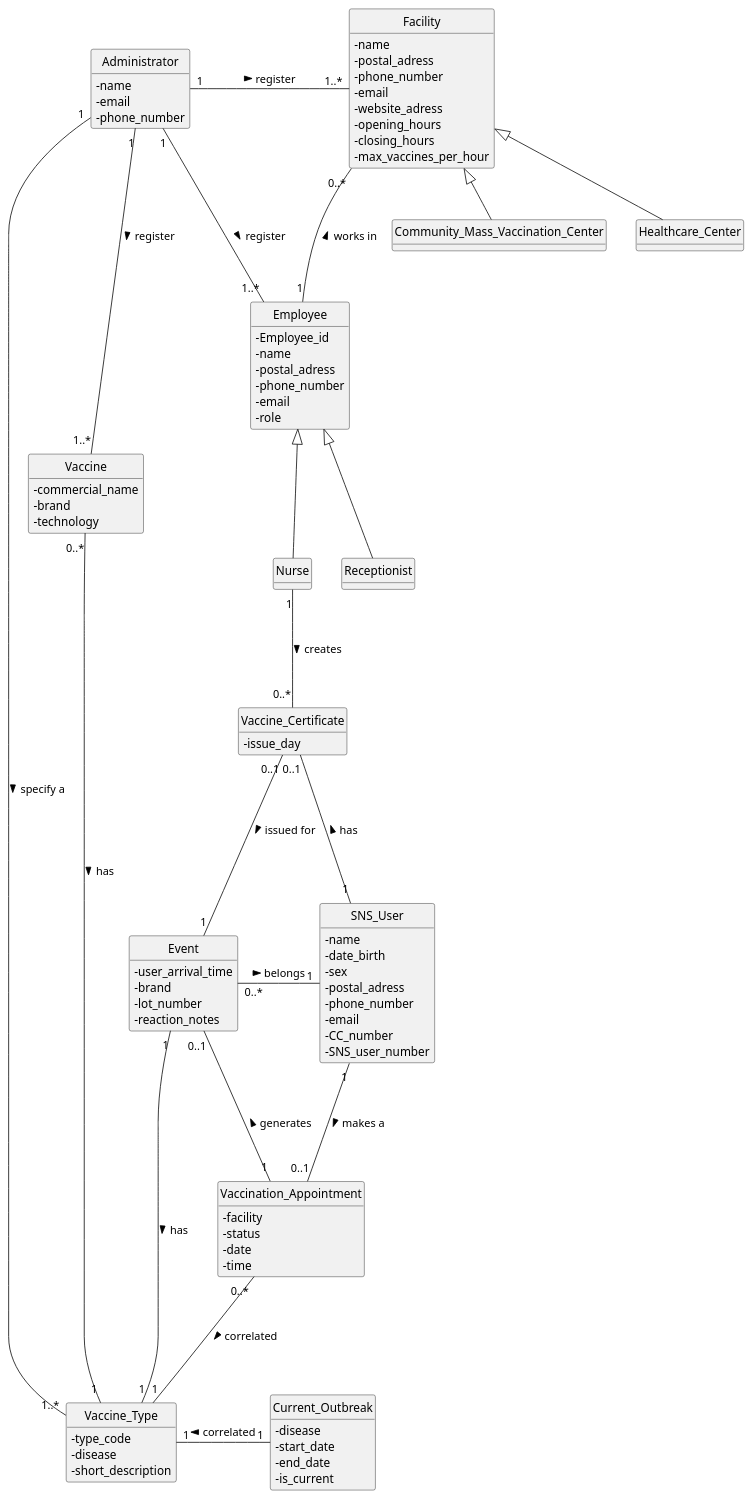
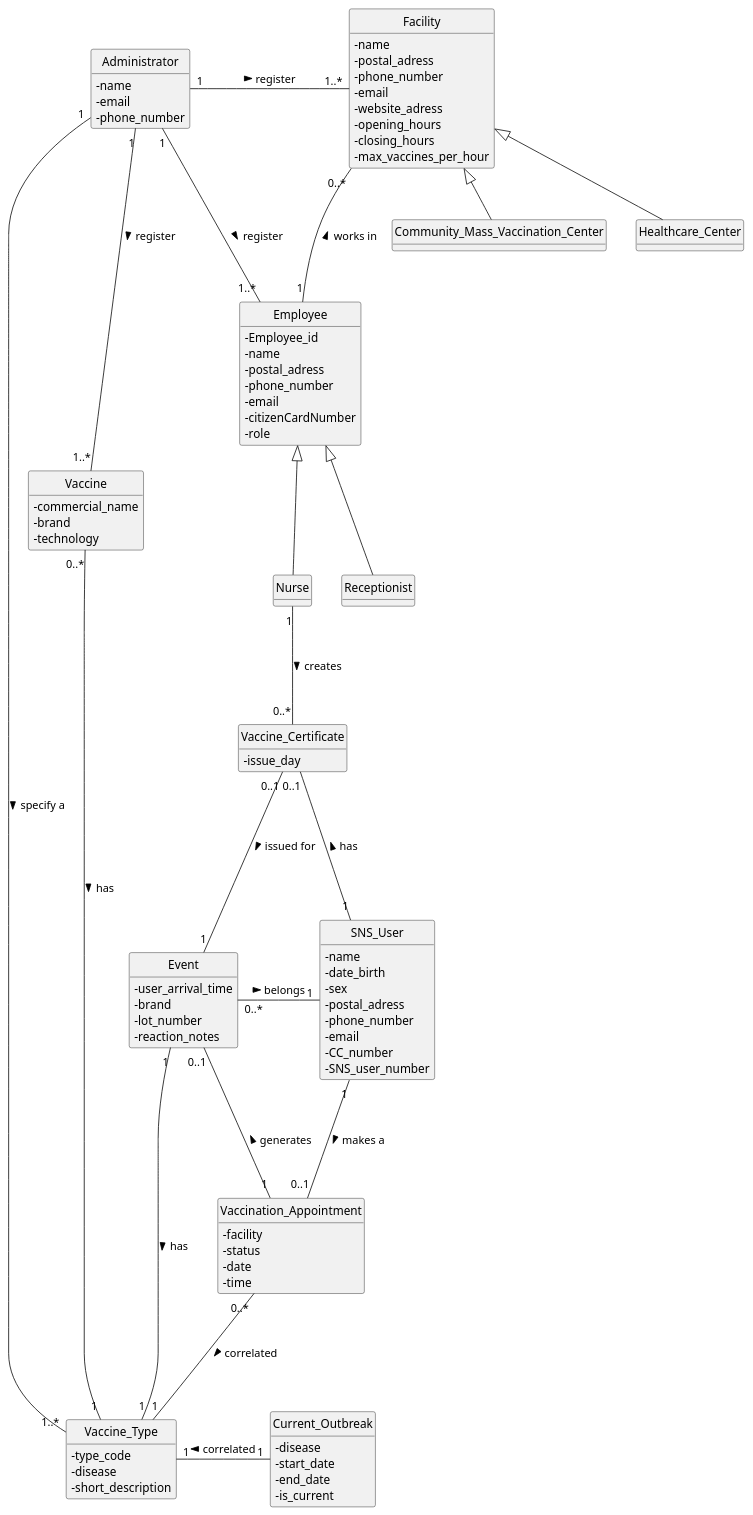
Before and after one commit to Parafita123/leti-esoft-25-26-B1: the diagram in docs/Sprint2/system-documentation/global-artifacts/puml/DM.puml, drawn with PlantUML. The commit also changed 3 other files, not shown here.

```diff
--- a/docs/Sprint2/system-documentation/global-artifacts/puml/DM.puml
+++ b/docs/Sprint2/system-documentation/global-artifacts/puml/DM.puml
@@ -1,141 +1,142 @@
 @startuml
 'https://plantuml.com/class-diagram
 skinparam classAttributeIconSize 0
 hide circle
 hide methods
 
 
 
 class Vaccine {
     - commercial_name
     - brand
     - technology
 }
 
 class Vaccine_Type {
     - type_code
     - disease
     - short_description
 }
 
 class Facility {
     - name
     - postal_adress
     - phone_number
     - email
     - website_adress
     - opening_hours
     - closing_hours
     - max_vaccines_per_hour
 }
 
 class Employee {
     - Employee_id
     - name
     - postal_adress
     - phone_number
     - email
+    -citizenCardNumber
     - role
 }
 
 
 class SNS_User {
     - name
     - date_birth
     - sex
     - postal_adress
     - phone_number
     - email
     - CC_number
     - SNS_user_number
 }
 
 
 
 class Vaccination_Appointment {
     - facility
     - status
     - date
     - time
 }
 
 class Current_Outbreak {
     - disease
     - start_date
     - end_date
     - is_current
 }
 
 class Community_Mass_Vaccination_Center {
 }
 
 class Healthcare_Center {
 }
 
 class Nurse {
 
 }
 
 class Receptionist {
 
 }
 
 class Event {
     - user_arrival_time
     - brand
     - lot_number
     - reaction_notes
 }
 
 class Administrator {
     - name
     - email
     - phone_number
 }
 
 class Vaccine_Certificate {
     - issue_day
 }
 
 Employee <|-- Nurse
 Employee <|-- Receptionist
 
 Facility <|-- Community_Mass_Vaccination_Center
 Facility <|-- Healthcare_Center
 
 Employee "1" -up-- "0..*" Facility : works in >
 
 Administrator "1" -right-- "1..*" Employee: register >
 
 Administrator "1" -down-- "1..*" Vaccine: register >
 
 Administrator "1" -right-- "1..*" Facility: register >
 
 Administrator "1" -down-- "1..*" Vaccine_Type: specify a >
 
 SNS_User "1" -down-- "0..1" Vaccination_Appointment: makes a >
 
 
 
 Current_Outbreak "1" -left-- "1" Vaccine_Type: correlated >
 
 Vaccine "0..*" -right-- "1" Vaccine_Type: has >
 
 Nurse "1" -down-- "0..*" Vaccine_Certificate: creates >
 
 Vaccine_Certificate "0..1" -down-- "1" Event: issued for >
 
 Vaccination_Appointment "0..*" -down-- "1" Vaccine_Type: correlated >
 
 Vaccination_Appointment "1" -up-- "0..1" Event: generates >
 
 Event "0..*" -right-- "1" SNS_User: belongs >
 
 Event "1" -down-- "1" Vaccine_Type:has >
 
 SNS_User "1"  -left-- "0..1" Vaccine_Certificate: has >
 
 
 
 
 @enduml
```
